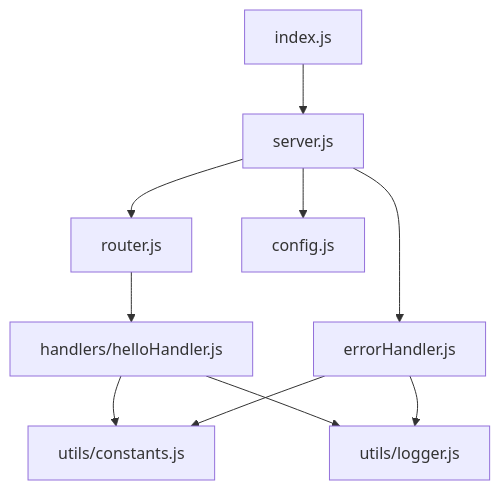
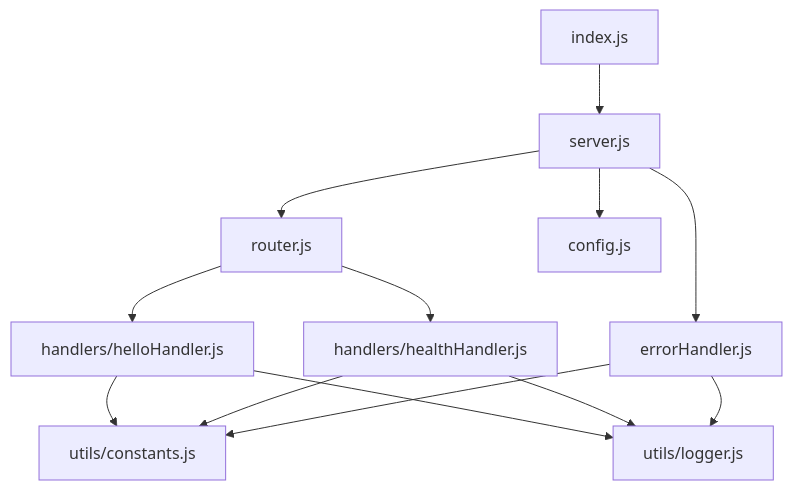
Before and after one commit to blitzy-public-samples/hao-backprop-test: the diagram in src/backend/README.md, drawn with Mermaid. The commit also changed other lines of this file, not shown here.

First line of the commit message:
docs(backend): add /health endpoint documentation

````diff
--- a/src/backend/README.md
+++ b/src/backend/README.md
@@ -29,12 +30,15 @@
 ```mermaid
 graph TD
     A[index.js] --> B[server.js]
     B --> C[router.js]
-    C --> D[handlers/helloHandler.js]
+    C --> D1[handlers/helloHandler.js]
+    C --> D2[handlers/healthHandler.js]
     B --> E[errorHandler.js]
     B --> F[config.js]
-    D --> G[utils/constants.js]
-    D --> H[utils/logger.js]
+    D1 --> G[utils/constants.js]
+    D1 --> H[utils/logger.js]
+    D2 --> G
+    D2 --> H
     E --> G
     E --> H
 ```
````
